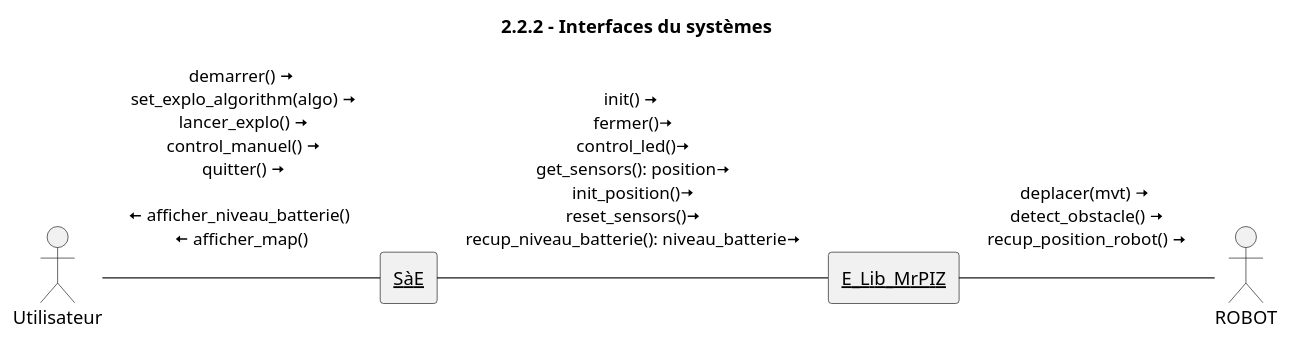
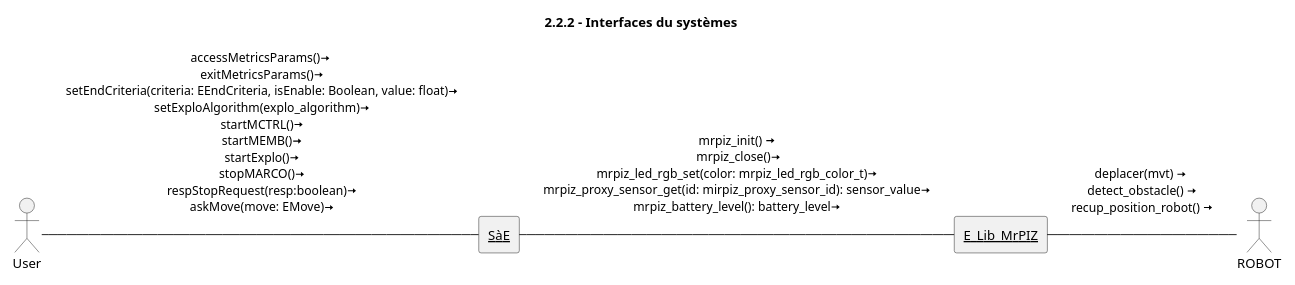
One commit to Larson-09/PATO_Project changed the diagram in Diagrammes UML/2.2.2 - Interfaces du systèmes - Interfaces Logiques/2.2.2 - Interfaces du systèmes - Interfaces Logiques.puml. Above: the diagram before and after it, drawn with PlantUML.

Commit message:
interfaces du systeme - refonte

```diff
--- a/Diagrammes UML/2.2.2 - Interfaces du systèmes - Interfaces Logiques/2.2.2 - Interfaces du systèmes - Interfaces Logiques.puml
+++ b/Diagrammes UML/2.2.2 - Interfaces du systèmes - Interfaces Logiques/2.2.2 - Interfaces du systèmes - Interfaces Logiques.puml
@@ -1,16 +1,16 @@
 @startuml
 title 2.2.2 - Interfaces du systèmes
 scale 1024*768
-actor Utilisateur as U
+actor User as U
 actor ROBOT as P
 
 rectangle "<u>SàE</u>" as S{
 }
 rectangle "<u>E_Lib_MrPIZ</u>" as L{
 }
 
 
-U -right- S : demarrer() <&arrow-right>\n set_explo_algorithm(algo) <&arrow-right>\n lancer_explo() <&arrow-right>\n control_manuel() <&arrow-right>\n quitter() <&arrow-right>\n \n<&arrow-left> afficher_niveau_batterie() \n <&arrow-left> afficher_map() \n
-S-right-L : init() <&arrow-right> \n fermer()<&arrow-right> \n control_led()<&arrow-right> \n get_sensors(): position<&arrow-right> \n init_position()<&arrow-right> \n reset_sensors()<&arrow-right> \n recup_niveau_batterie(): niveau_batterie<&arrow-right> \n
+U -right- S : accessMetricsParams()<&arrow-right>\n exitMetricsParams()<&arrow-right>\n setEndCriteria(criteria: EEndCriteria, isEnable: Boolean, value: float)<&arrow-right>\n setExploAlgorithm(explo_algorithm)<&arrow-right>\n startMCTRL()<&arrow-right>\n startMEMB()<&arrow-right>\n startExplo()<&arrow-right>\n stopMARCO()<&arrow-right>\n respStopRequest(resp:boolean)<&arrow-right>\n askMove(move: EMove)<&arrow-right>\n 
+S-right-L : mrpiz_init() <&arrow-right>\n mrpiz_close()<&arrow-right>\n mrpiz_led_rgb_set(color: mrpiz_led_rgb_color_t)<&arrow-right> \n mrpiz_proxy_sensor_get(id: mirpiz_proxy_sensor_id): sensor_value<&arrow-right> \n mrpiz_battery_level(): battery_level<&arrow-right> \n
 L-right-P : deplacer(mvt) <&arrow-right> \n detect_obstacle() <&arrow-right> \n recup_position_robot() <&arrow-right> \n
 @enduml
```
